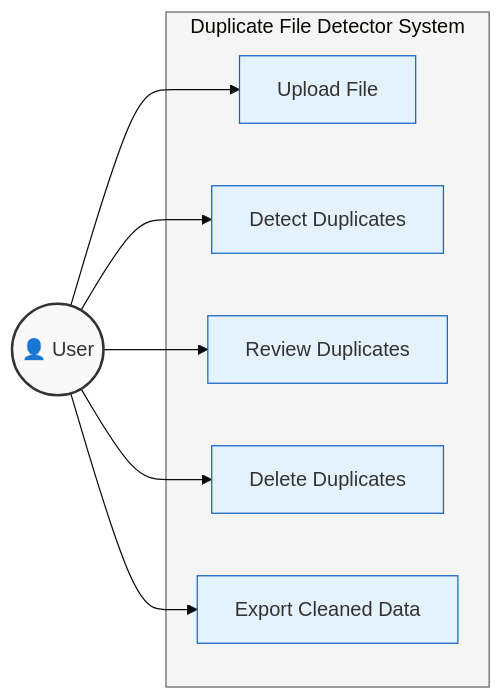
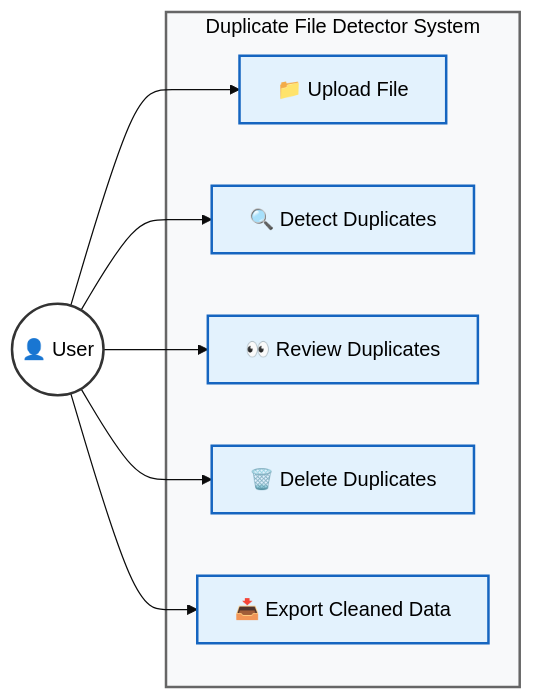
Before and after one commit to VSaini11/Duplicate-File-Finder---Web-app: the fourth of 5 diagrams in README.md, drawn with Mermaid (base theme).

Commit message:
readme file update

````diff
--- a/README.md
+++ b/README.md
@@ -237,26 +237,27 @@
 ```mermaid
 graph LR
     User((👤 User))
 
-    subgraph DFD[Duplicate File Detector System]
-        UC1[Upload File]
-        UC2[Detect Duplicates]
-        UC3[Review Duplicates]
-        UC4[Delete Duplicates]
-        UC5[Export Cleaned Data]
+    subgraph DFD["Duplicate File Detector System"]
+        UC1["📁 Upload File"]
+        UC2["🔍 Detect Duplicates"]
+        UC3["👀 Review Duplicates"]
+        UC4["🗑️ Delete Duplicates"]
+        UC5["📥 Export Cleaned Data"]
     end
 
     User --> UC1
     User --> UC2
     User --> UC3
     User --> UC4
     User --> UC5
 
-    style User fill:#f9f9f9,stroke:#333,stroke-width:2px
-    style DFD fill:#f5f5f5,stroke:#666,stroke-width:1px
-    style UC1 fill:#e3f2fd,stroke:#1565c0,stroke-width:1px
-    style UC2 fill:#e3f2fd,stroke:#1565c0,stroke-width:1px
-    style UC3 fill:#e3f2fd,stroke:#1565c0,stroke-width:1px
-    style UC4 fill:#e3f2fd,stroke:#1565c0,stroke-width:1px
-    style UC5 fill:#e3f2fd,stroke:#1565c0,stroke-width:1px
+    %% Styling for better visibility
+    style User fill:#ffffff,stroke:#333333,stroke-width:2px,color:#000000
+    style DFD fill:#f8f9fa,stroke:#666666,stroke-width:2px,color:#000000
+    style UC1 fill:#e3f2fd,stroke:#1565c0,stroke-width:2px,color:#000000
+    style UC2 fill:#e3f2fd,stroke:#1565c0,stroke-width:2px,color:#000000
+    style UC3 fill:#e3f2fd,stroke:#1565c0,stroke-width:2px,color:#000000
+    style UC4 fill:#e3f2fd,stroke:#1565c0,stroke-width:2px,color:#000000
+    style UC5 fill:#e3f2fd,stroke:#1565c0,stroke-width:2px,color:#000000
 ```
````
